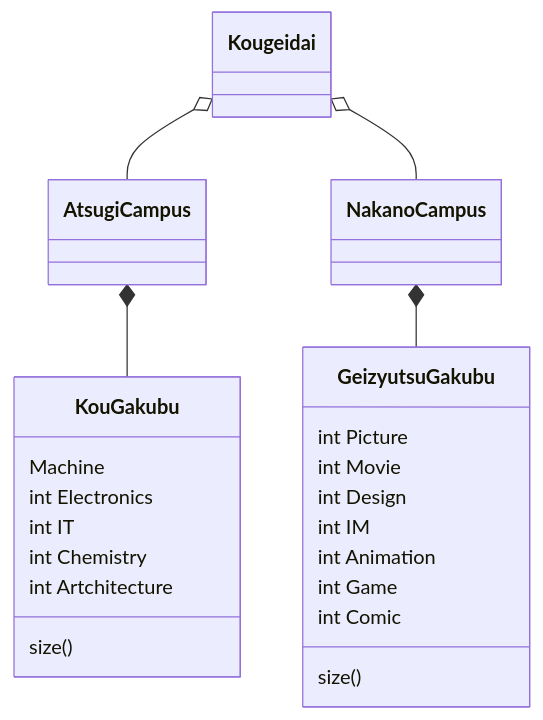
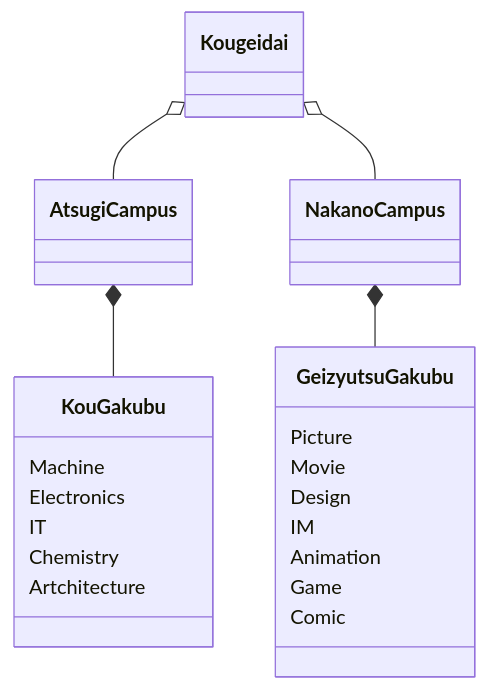
One commit to tpu-game-2022/mermaid_test changed the third of 3 diagrams in README.md. Above: the diagram before and after it, drawn with Mermaid.

````diff
--- a/README.md
+++ b/README.md
@@ -85,21 +85,19 @@
 ```mermaid
 classDiagram
 Kougeidai o-- AtsugiCampus
 Kougeidai o-- NakanoCampus
 AtsugiCampus *-- KouGakubu
-KouGakubu:size()
 KouGakubu:Machine
-KouGakubu:int Electronics
-KouGakubu:int IT
-KouGakubu:int Chemistry
-KouGakubu:int Artchitecture
+KouGakubu:Electronics
+KouGakubu:IT
+KouGakubu:Chemistry
+KouGakubu:Artchitecture
 NakanoCampus *-- GeizyutsuGakubu
-GeizyutsuGakubu:size()
-GeizyutsuGakubu:int Picture
-GeizyutsuGakubu:int Movie
-GeizyutsuGakubu:int Design
-GeizyutsuGakubu:int IM
-GeizyutsuGakubu:int Animation
-GeizyutsuGakubu:int Game
-GeizyutsuGakubu:int Comic
+GeizyutsuGakubu:Picture
+GeizyutsuGakubu:Movie
+GeizyutsuGakubu:Design
+GeizyutsuGakubu:IM
+GeizyutsuGakubu:Animation
+GeizyutsuGakubu:Game
+GeizyutsuGakubu:Comic
 ```
````
